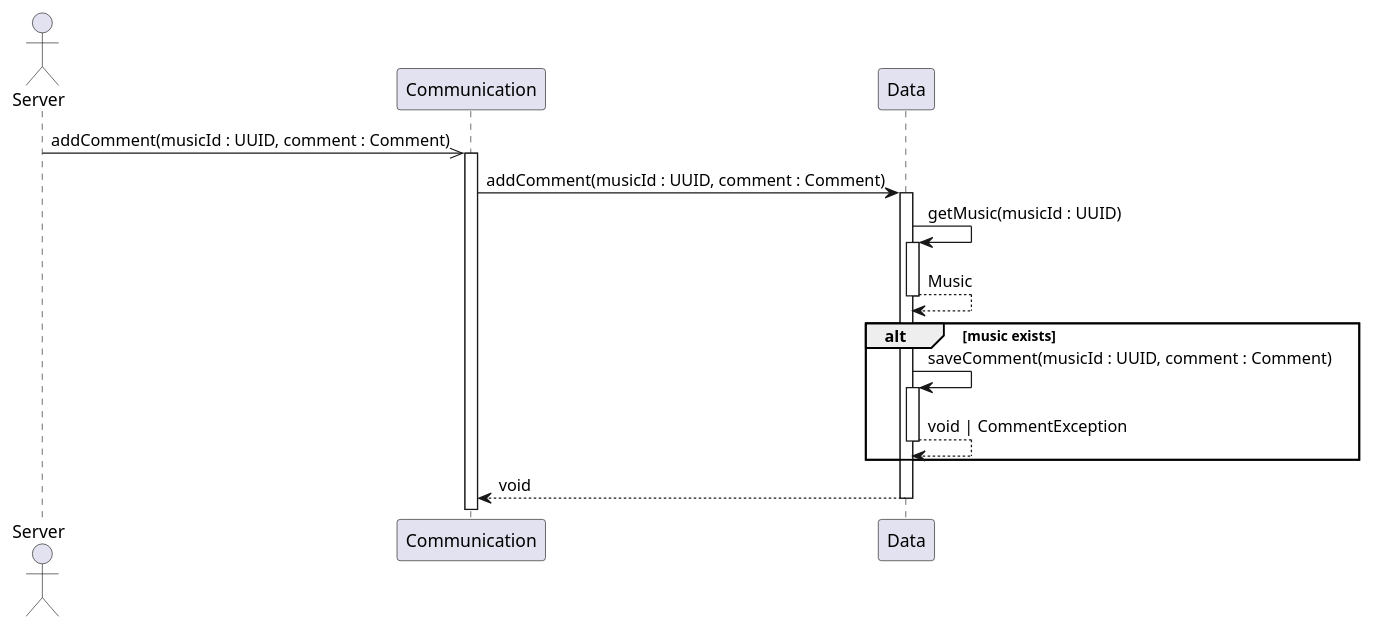
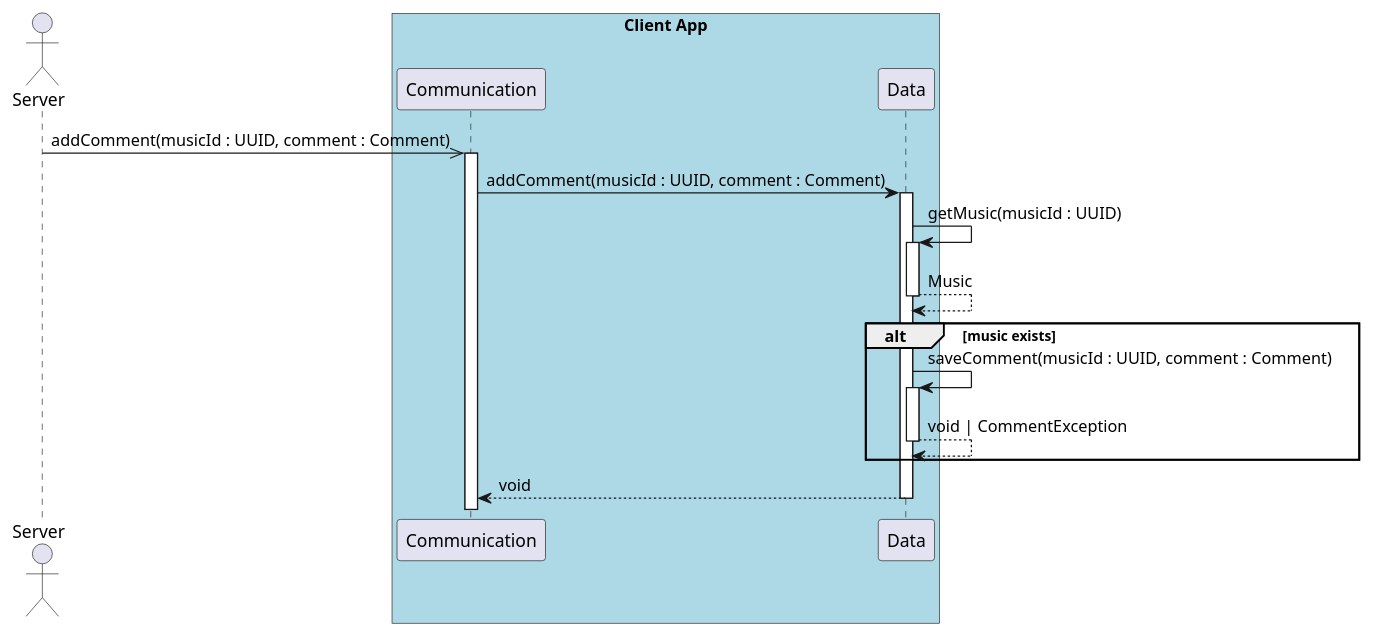
The diagram in sequence/4.2_add_comment_owner.puml (UTCAI12/Diagrams), drawn with PlantUML before and after one commit. The commit also changed 5 other files, not shown here.

```diff
--- a/sequence/4.2_add_comment_owner.puml
+++ b/sequence/4.2_add_comment_owner.puml
@@ -1,23 +1,25 @@
 @startuml 4.2 User add a comment to a music (client - owner)
 
 actor Server as server
 
-participant Communication as com
-participant Data as data
+box "Client App" #LightBlue
+    participant Communication as com
+    participant Data as data
+end box
 
 server ->> com : addComment(musicId : UUID, comment : Comment)
 
 activate com
 com -> data++ : addComment(musicId : UUID, comment : Comment)
 
 data -> data++ : getMusic(musicId : UUID) 
 return Music
 
 alt music exists
     data -> data++ : saveComment(musicId : UUID, comment : Comment)
     return void | CommentException
 end
 
 return void
 
 @enduml
```
